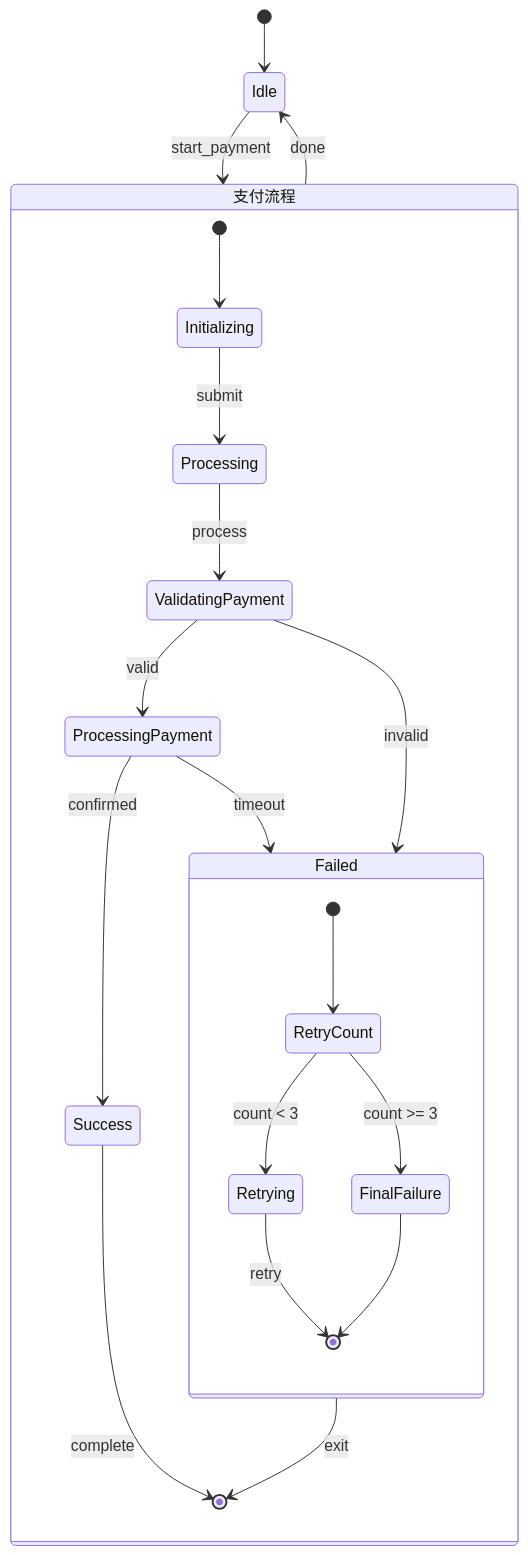
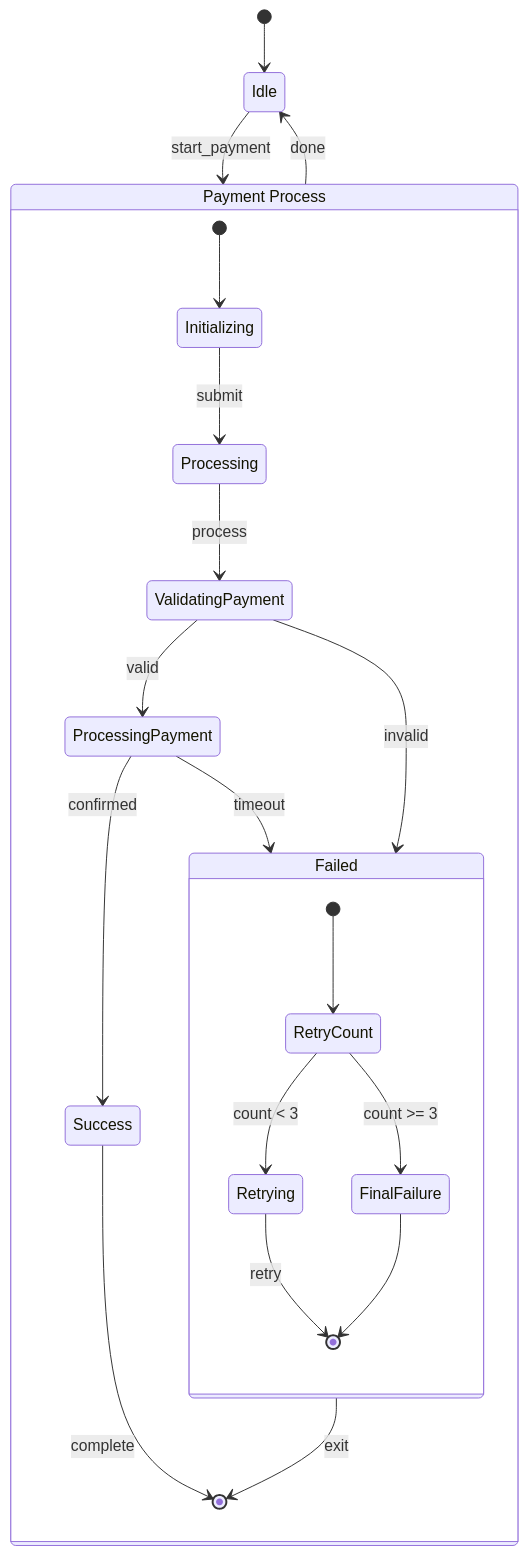
One commit to sametcn99/vitepress-mermaid-renderer changed the fourth of 30 diagrams in docs/content/zh/examples/advanced.md. Above: the diagram before and after it, drawn with Mermaid. The commit also changed other lines of this file and 19 other files, not shown here.

````diff
--- a/docs/content/zh/examples/advanced.md
+++ b/docs/content/zh/examples/advanced.md
@@ -97,26 +98,26 @@
 ```mermaid
 stateDiagram-v2
     [*] --> Idle
-    state "支付流程" as Payment {
+    state "Payment Process" as Payment {
         [*] --> Initializing
         Initializing --> Processing: submit
         Processing --> ValidatingPayment: process
         ValidatingPayment --> ProcessingPayment: valid
         ValidatingPayment --> Failed: invalid
         ProcessingPayment --> Success: confirmed
         ProcessingPayment --> Failed: timeout
         Failed --> [*]: exit
         Success --> [*]: complete
     }
 
     Idle --> Payment: start_payment
     Payment --> Idle: done
 
     state Failed {
         [*] --> RetryCount
         RetryCount --> Retrying: count < 3
         RetryCount --> FinalFailure: count >= 3
         Retrying --> [*]: retry
         FinalFailure --> [*]
     }
 ```
````
